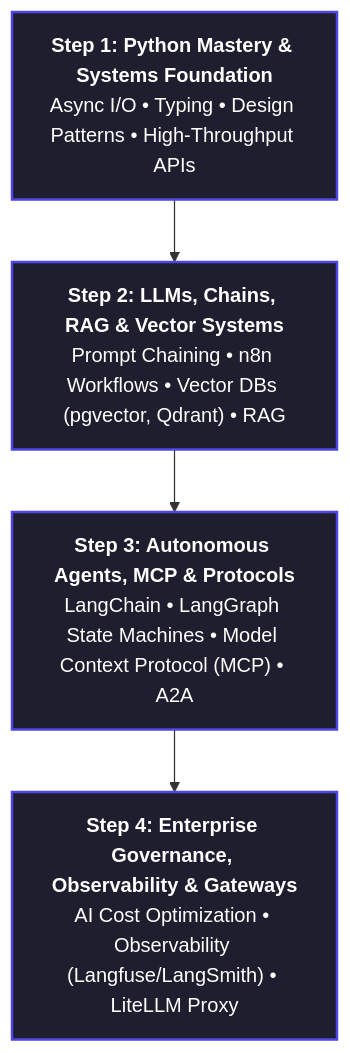
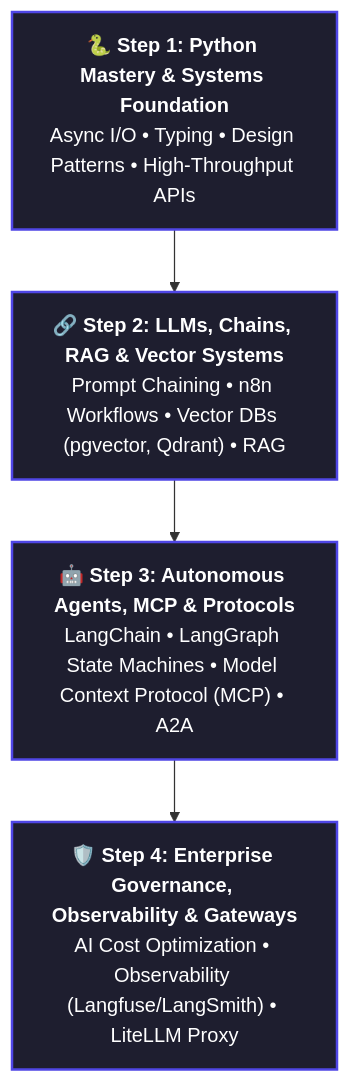
The diagram in README.md (devopsinsiders/agentic-ai-fde-batch-1), drawn with Mermaid before and after one commit. The commit also changed other lines of this file and 3 other files, not shown here.

````diff
--- a/README.md
+++ b/README.md
@@ -55,14 +55,14 @@
 ```mermaid
 graph TD
     classDef default fill:#1e1e2f,stroke:#4f46e5,stroke-width:2px,color:#fff;
     classDef highlight fill:#312e81,stroke:#818cf8,stroke-width:2px,color:#fff;
 
-    S1["<b>Step 1: Python Mastery & Systems Foundation</b><br/>Async I/O • Typing • Design Patterns • High-Throughput APIs"]
-    S2["<b>Step 2: LLMs, Chains, RAG & Vector Systems</b><br/>Prompt Chaining • n8n Workflows • Vector DBs (pgvector, Qdrant) • RAG"]
-    S3["<b>Step 3: Autonomous Agents, MCP & Protocols</b><br/>LangChain • LangGraph State Machines • Model Context Protocol (MCP) • A2A"]
-    S4["<b>Step 4: Enterprise Governance, Observability & Gateways</b><br/>AI Cost Optimization • Observability (Langfuse/LangSmith) • LiteLLM Proxy"]
+    S1["🐍 <b>Step 1: Python Mastery & Systems Foundation</b><br/>Async I/O • Typing • Design Patterns • High-Throughput APIs"]
+    S2["🔗 <b>Step 2: LLMs, Chains, RAG & Vector Systems</b><br/>Prompt Chaining • n8n Workflows • Vector DBs (pgvector, Qdrant) • RAG"]
+    S3["🤖 <b>Step 3: Autonomous Agents, MCP & Protocols</b><br/>LangChain • LangGraph State Machines • Model Context Protocol (MCP) • A2A"]
+    S4["🛡️ <b>Step 4: Enterprise Governance, Observability & Gateways</b><br/>AI Cost Optimization • Observability (Langfuse/LangSmith) • LiteLLM Proxy"]
 
     S1 --> S2
     S2 --> S3
     S3 --> S4
 ```
````
